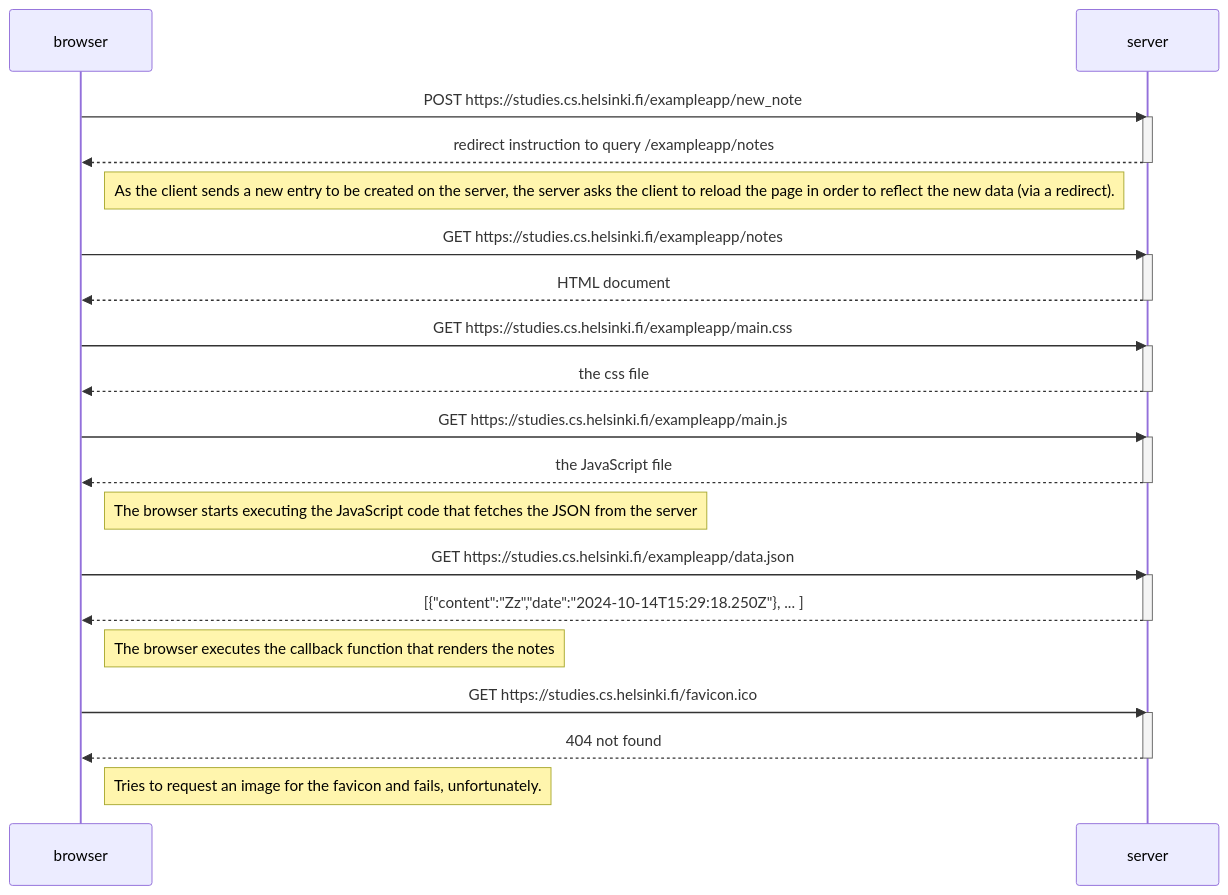
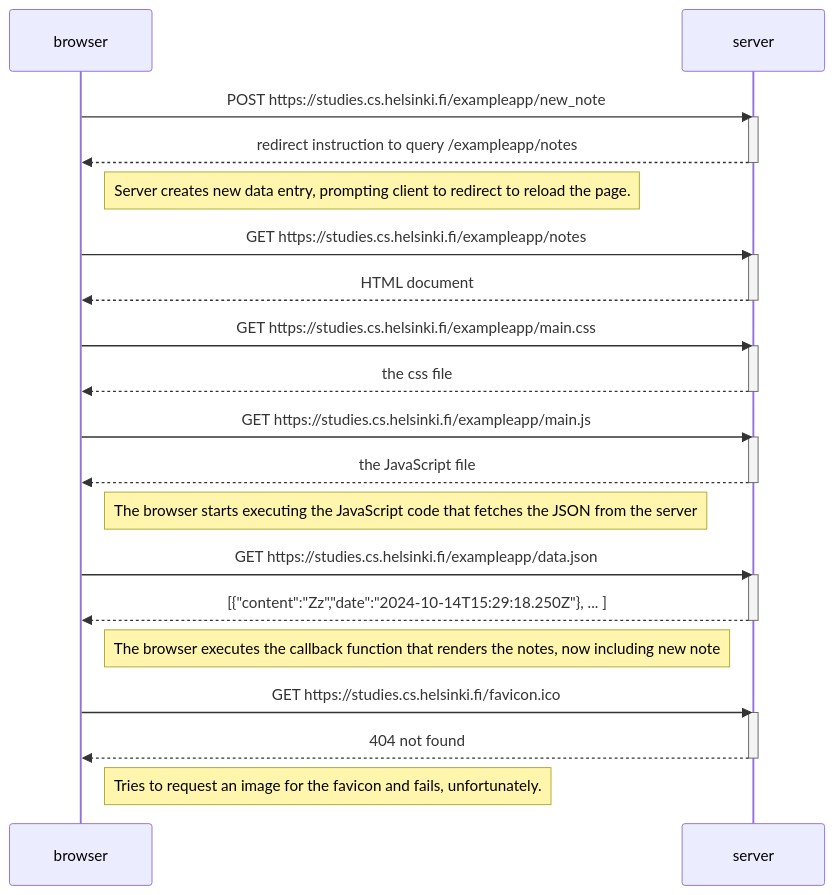
Before and after one commit to MuchtarSalimov/fullstackopen-exercises: the diagram in part0/0.4 New note diagram/New note diagram.md, drawn with Mermaid.

Commit message:
exercise 0.4

````diff
--- a/part0/0.4 New note diagram/New note diagram.md
+++ b/part0/0.4 New note diagram/New note diagram.md
@@ -1,43 +1,43 @@
 ```mermaid
   sequenceDiagram
       participant browser
       participant server
 
       browser->>server: POST https://studies.cs.helsinki.fi/exampleapp/new_note
       activate server
       server-->>browser: redirect instruction to query /exampleapp/notes
       deactivate server
 
-      Note right of browser: As the client sends a new entry to be created on the server, the server asks the client to reload the page in order to reflect the new data (via a redirect).
+      Note right of browser: Server creates new data entry, prompting client to redirect to reload the page.
 
       browser->>server: GET https://studies.cs.helsinki.fi/exampleapp/notes
       activate server
       server-->>browser: HTML document
       deactivate server
 
       browser->>server: GET https://studies.cs.helsinki.fi/exampleapp/main.css
       activate server
       server-->>browser: the css file
       deactivate server
 
       browser->>server: GET https://studies.cs.helsinki.fi/exampleapp/main.js
       activate server
       server-->>browser: the JavaScript file
       deactivate server
 
       Note right of browser: The browser starts executing the JavaScript code that fetches the JSON from the server
 
       browser->>server: GET https://studies.cs.helsinki.fi/exampleapp/data.json
       activate server
       server-->>browser: [{"content":"Zz","date":"2024-10-14T15:29:18.250Z"}, ... ]
       deactivate server
 
-          Note right of browser: The browser executes the callback function that renders the notes
+          Note right of browser: The browser executes the callback function that renders the notes, now including new note
 
       browser->>server: GET https://studies.cs.helsinki.fi/favicon.ico
       activate server
       server-->>browser: 404 not found
       deactivate server
 
       Note right of browser: Tries to request an image for the favicon and fails, unfortunately.
 ```
````
